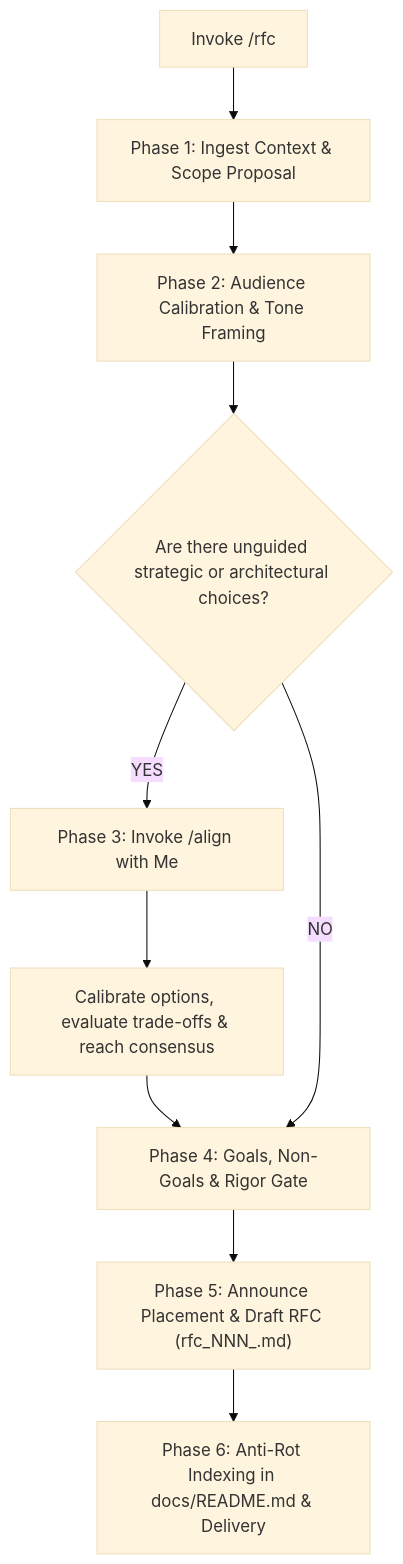
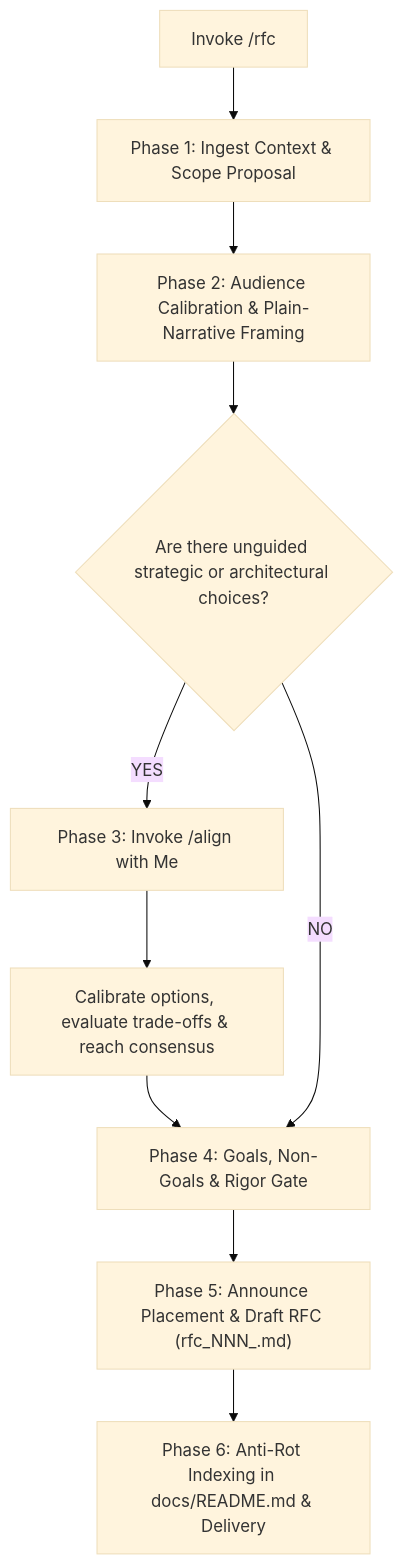
The diagram in rfc/SKILL.md (dimsedra/skills), drawn with Mermaid (base theme) before and after one commit. The commit also changed other lines of this file and 1 other file, not shown here.

First line of the commit message:
docs(rfc): enforce plain narrative and isolate technical traces in appendix

````diff
--- a/rfc/SKILL.md
+++ b/rfc/SKILL.md
@@ -16,12 +16,12 @@
 ```mermaid
 flowchart TD
     A["Invoke /rfc"] --> B["Phase 1: Ingest Context & Scope Proposal"]
-    B --> C["Phase 2: Audience Calibration & Tone Framing"]
+    B --> C["Phase 2: Audience Calibration & Plain-Narrative Framing"]
     C --> D{"Are there unguided strategic or architectural choices?"}
     D -- YES --> E["Phase 3: Invoke /align with Me"]
     E --> F["Calibrate options, evaluate trade-offs & reach consensus"]
     F --> G["Phase 4: Goals, Non-Goals & Rigor Gate"]
     D -- NO --> G
     G --> H["Phase 5: Announce Placement & Draft RFC (rfc_NNN_<slug>.md)"]
     H --> I["Phase 6: Anti-Rot Indexing in docs/README.md & Delivery"]
 ```
````
